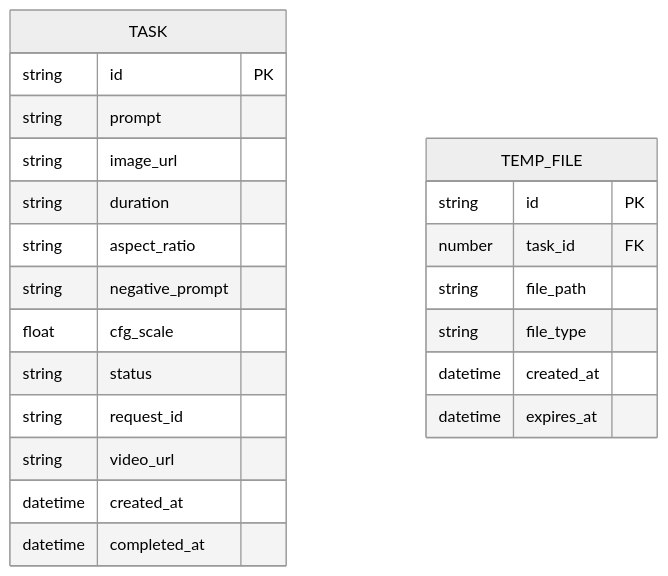
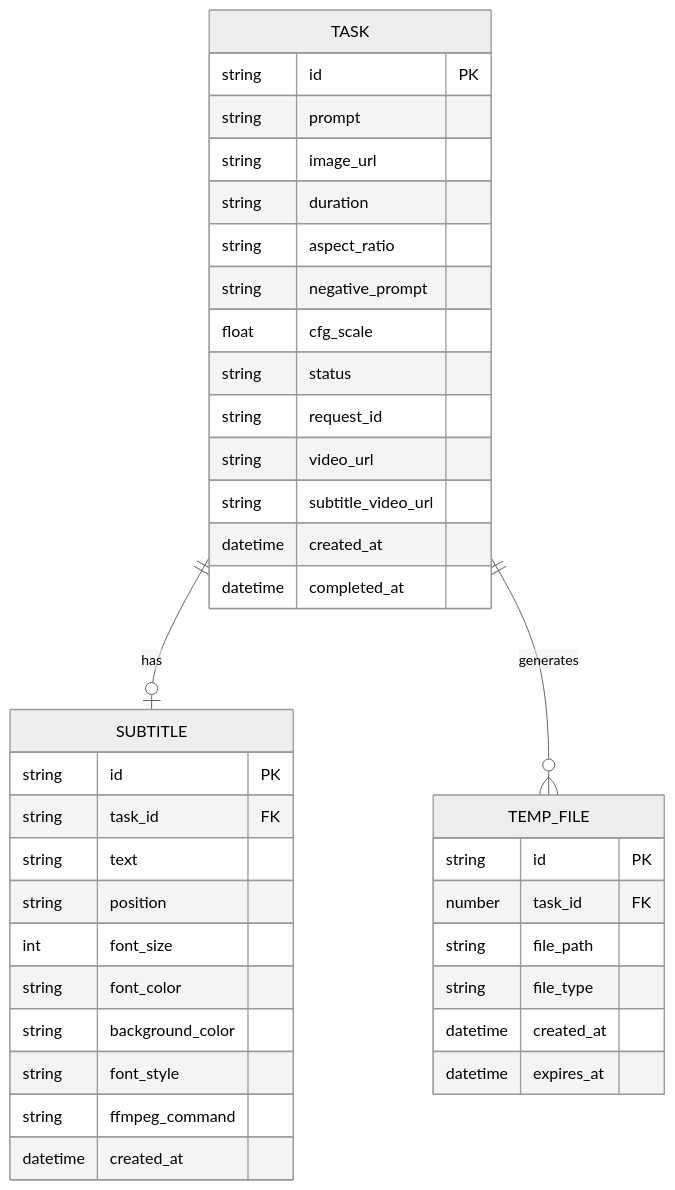
The third of 3 diagrams in .trae/documents/genVideoSub_技術架構文檔.md (dominantculture2024/genVideoSub), drawn with Mermaid (neutral theme) before and after one commit. The commit also changed other lines of this file and 8 other files, not shown here.

````diff
--- a/.trae/documents/genVideoSub_技術架構文檔.md
+++ b/.trae/documents/genVideoSub_技術架構文檔.md
@@ -473,26 +641,43 @@
 ```mermaid
 erDiagram
     TASK {
         string id PK
         string prompt
         string image_url
         string duration
         string aspect_ratio
         string negative_prompt
         float cfg_scale
         string status
         string request_id
         string video_url
+        string subtitle_video_url
         datetime created_at
         datetime completed_at
+    }
+    
+    SUBTITLE {
+        string id PK
+        string task_id FK
+        string text
+        string position
+        int font_size
+        string font_color
+        string background_color
+        string font_style
+        string ffmpeg_command
+        datetime created_at
     }
     
     TEMP_FILE {
         string id PK
         number task_id FK
         string file_path
         string file_type
         datetime created_at
         datetime expires_at
     }
+    
+    TASK ||--o| SUBTITLE : has
+    TASK ||--o{ TEMP_FILE : generates
 ```
````
